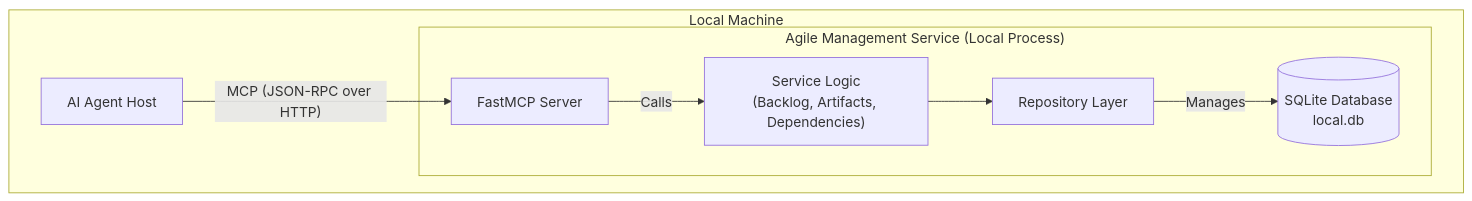
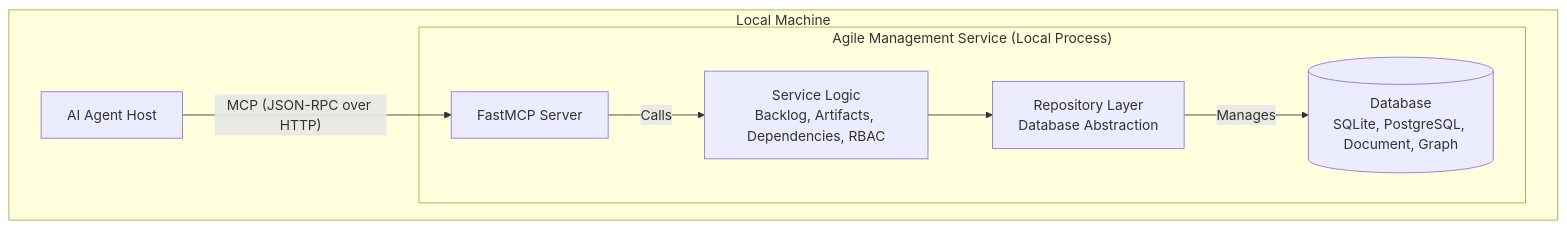
The diagram in docs/architecture/high-level-architecture.md (husams/agile-mcp), drawn with Mermaid before and after one commit. The commit also changed other lines of this file and 21 other files, not shown here.

````diff
--- a/docs/architecture/high-level-architecture.md
+++ b/docs/architecture/high-level-architecture.md
@@ -9,19 +9,19 @@
 ```mermaid
 graph TD
     subgraph "Local Machine"
         A[AI Agent Host]
 
         subgraph "Agile Management Service (Local Process)"
             B[FastMCP Server]
-            C["Service Logic<br>(Backlog, Artifacts, Dependencies)"]
-            D[Repository Layer]
-            E[(SQLite Database<br>local.db)]
+            C["Service Logic<br/>Backlog, Artifacts, Dependencies, RBAC"]
+            D["Repository Layer<br/>Database Abstraction"]
+            E[("Database<br/>SQLite, PostgreSQL, Document, Graph")]
 
             B -- Calls --> C
             C --> D
             D -- Manages --> E
         end
 
-        A -- MCP (JSON-RPC over HTTP) --> B
+        A -- "MCP (JSON-RPC over HTTP)" --> B
     end
 ```
````
